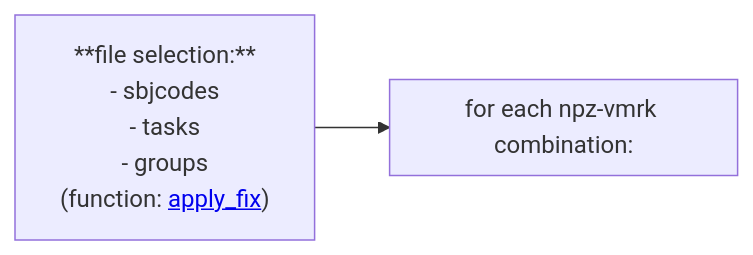
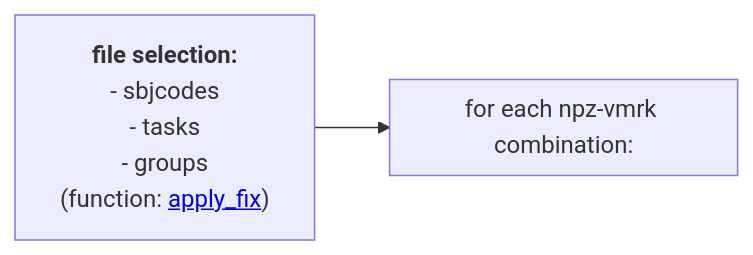
The diagram in README.md (neuro-dream/Trigger-Fix), drawn with Mermaid before and after one commit.

````diff
--- a/README.md
+++ b/README.md
@@ -6,13 +6,13 @@
 ```mermaid
 graph LR;
-    A["**file selection:**<br> - sbjcodes<br> - tasks<br> - groups<br> (function: <a href='https://github.com/neurodream/Trigger-Fix/blob/main/trigfix/trigger_compare_functions.py#L92'>apply_fix</a>)"]
+    A["<b>file selection:</b><br> - sbjcodes<br> - tasks<br> - groups<br> (function: <a href='https://github.com/neurodream/Trigger-Fix/blob/main/trigfix/trigger_compare_functions.py#L92'>apply_fix</a>)"]
 
 subgraph for_each_file_comb["for each npz-vmrk combination:"]
     direction TB
 end
 
     A-->for_each_file_comb;
     %% A-->C;
     %% B-->D;
     %% C-->D;
 ```
````
